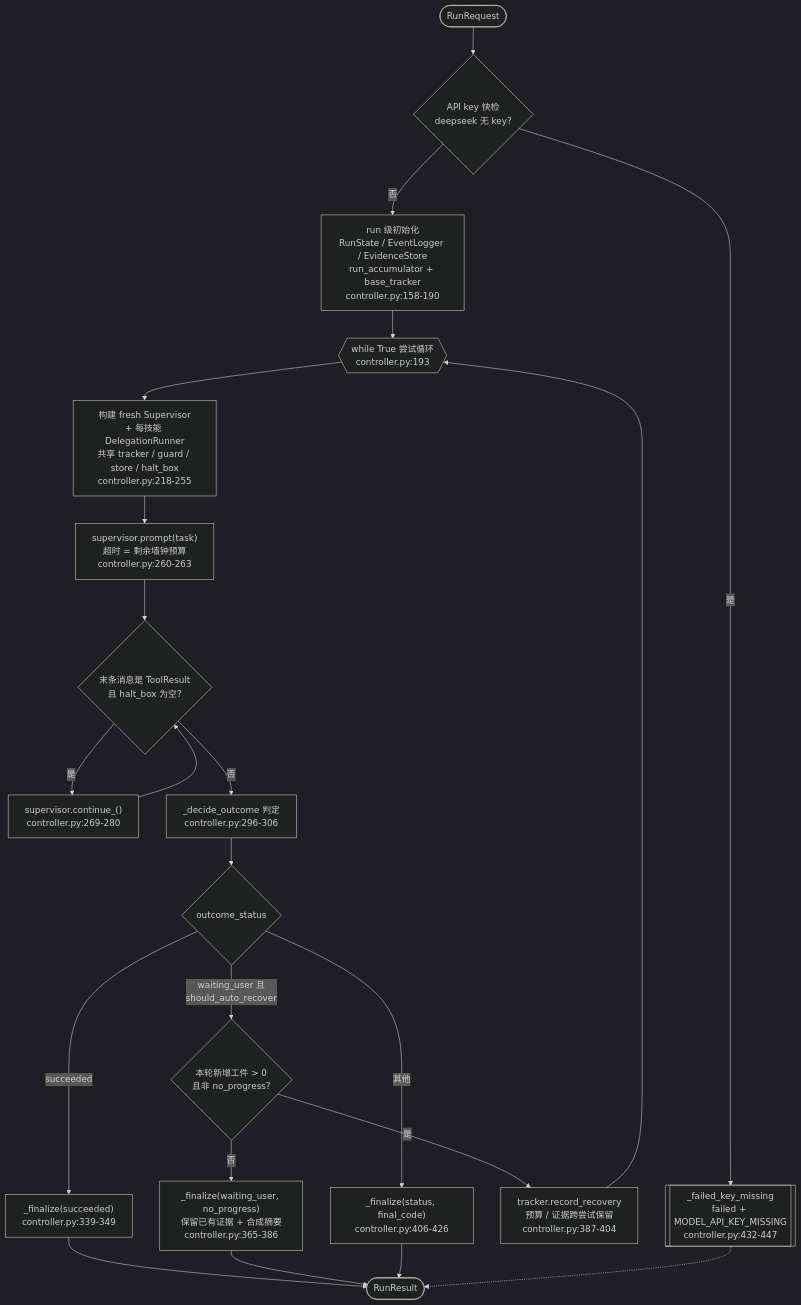
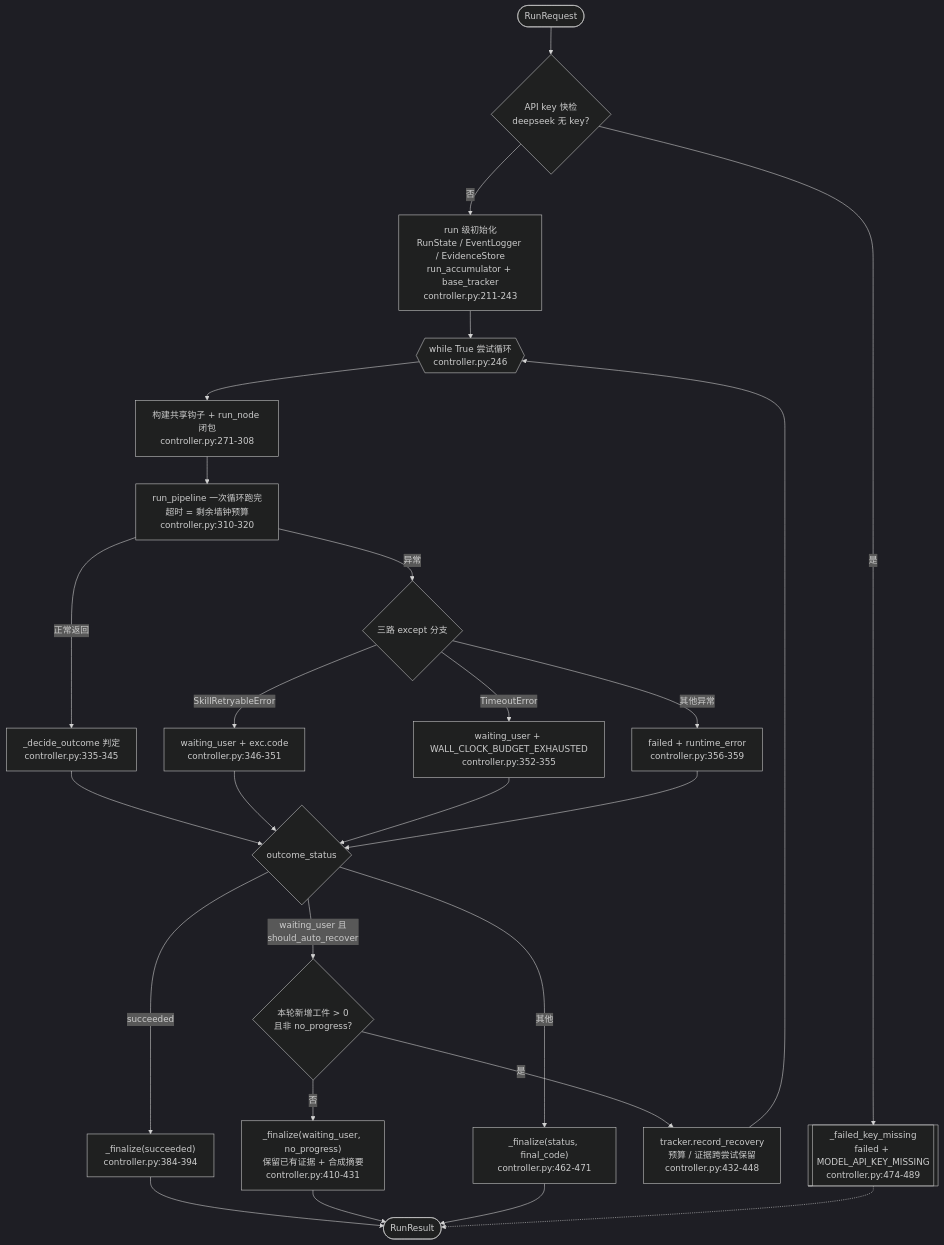
The third of 6 diagrams in docs/study/pi-career-skills/一次完整请求的旅程.md (grefeer/pi-career-skills), drawn with Mermaid (dark theme) before and after one commit. The commit also changed other lines of this file and 17 other files, not shown here.

````diff
--- a/docs/study/pi-career-skills/一次完整请求的旅程.md
+++ b/docs/study/pi-career-skills/一次完整请求的旅程.md
@@ -117,24 +114,28 @@
 ```mermaid
 flowchart TD
     REQ(["RunRequest"]) --> K1{"API key 快检<br/>deepseek 无 key?"}
-    K1 -- "是" --> FF[["_failed_key_missing<br/>failed + MODEL_API_KEY_MISSING<br/>controller.py:432-447"]]
-    K1 -- "否" --> S1["run 级初始化<br/>RunState / EventLogger / EvidenceStore<br/>run_accumulator + base_tracker<br/>controller.py:158-190"]
-    S1 --> AT{{"while True 尝试循环<br/>controller.py:193"}}
-    AT --> A1["构建 fresh Supervisor<br/>+ 每技能 DelegationRunner<br/>共享 tracker / guard / store / halt_box<br/>controller.py:218-255"]
-    A1 --> A2["supervisor.prompt(task)<br/>超时 = 剩余墙钟预算<br/>controller.py:260-263"]
-    A2 --> A3{"末条消息是 ToolResult<br/>且 halt_box 为空?"}
-    A3 -- "是" --> A4["supervisor.continue_()<br/>controller.py:269-280"]
-    A4 --> A3
-    A3 -- "否" --> A5["_decide_outcome 判定<br/>controller.py:296-306"]
+    K1 -- "是" --> FF[["_failed_key_missing<br/>failed + MODEL_API_KEY_MISSING<br/>controller.py:474-489"]]
+    K1 -- "否" --> S1["run 级初始化<br/>RunState / EventLogger / EvidenceStore<br/>run_accumulator + base_tracker<br/>controller.py:211-243"]
+    S1 --> AT{{"while True 尝试循环<br/>controller.py:246"}}
+    AT --> A1["构建共享钩子 + run_node 闭包<br/>controller.py:271-308"]
+    A1 --> A2["run_pipeline 一次循环跑完<br/>超时 = 剩余墙钟预算<br/>controller.py:310-320"]
+    A2 -- "正常返回" --> A5["_decide_outcome 判定<br/>controller.py:335-345"]
+    A2 -- "异常" --> EX{"三路 except 分支"}
+    EX -- "SkillRetryableError" --> E1["waiting_user + exc.code<br/>controller.py:346-351"]
+    EX -- "TimeoutError" --> E2["waiting_user + WALL_CLOCK_BUDGET_EXHAUSTED<br/>controller.py:352-355"]
+    EX -- "其他异常" --> E3["failed + runtime_error<br/>controller.py:356-359"]
     A5 --> D1{"outcome_status"}
-    D1 -- "succeeded" --> F1["_finalize(succeeded)<br/>controller.py:339-349"]
+    E1 --> D1
+    E2 --> D1
+    E3 --> D1
+    D1 -- "succeeded" --> F1["_finalize(succeeded)<br/>controller.py:384-394"]
     D1 -- "waiting_user 且<br/>should_auto_recover" --> AR{"本轮新增工件 > 0<br/>且非 no_progress?"}
-    AR -- "否" --> F2["_finalize(waiting_user, no_progress)<br/>保留已有证据 + 合成摘要<br/>controller.py:365-386"]
-    AR -- "是" --> ARR["tracker.record_recovery<br/>预算 / 证据跨尝试保留<br/>controller.py:387-404"]
+    AR -- "否" --> F2["_finalize(waiting_user, no_progress)<br/>保留已有证据 + 合成摘要<br/>controller.py:410-431"]
+    AR -- "是" --> ARR["tracker.record_recovery<br/>预算 / 证据跨尝试保留<br/>controller.py:432-448"]
     ARR --> AT
-    D1 -- "其他" --> F3["_finalize(status, final_code)<br/>controller.py:406-426"]
+    D1 -- "其他" --> F3["_finalize(status, final_code)<br/>controller.py:462-471"]
     F1 --> RR(["RunResult"])
     F2 --> RR
     F3 --> RR
     FF -.-> RR
 ```
````
